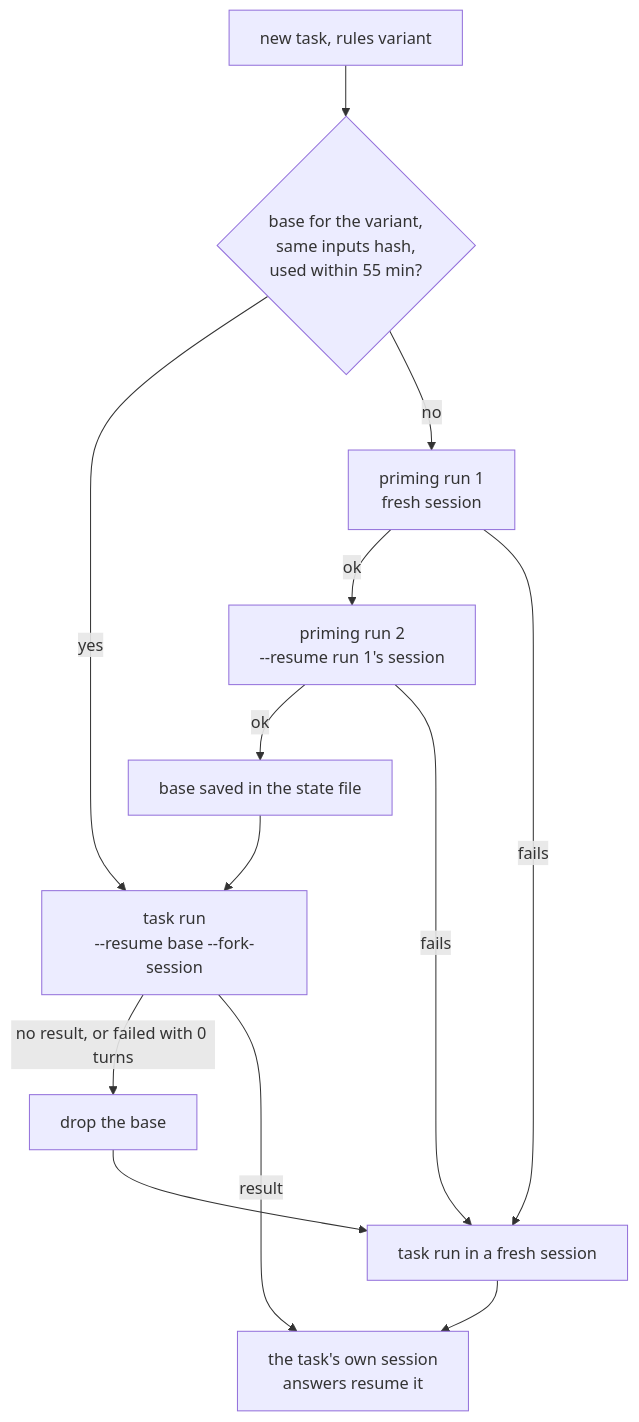
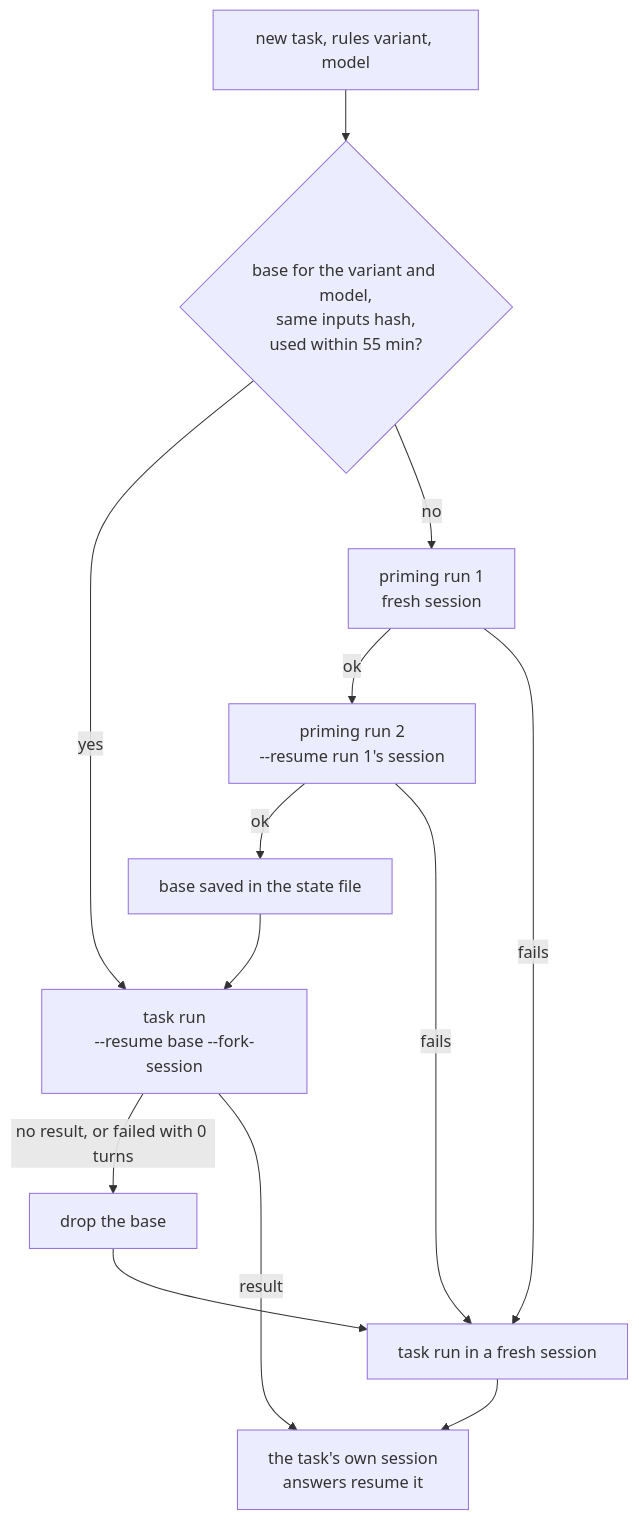
The eighth of 8 diagrams in docs/architecture/AGENT_BUS.md (bwks/sherpa), drawn with Mermaid before and after one commit. The commit also changed other lines of this file and 23 other files, not shown here.

First line of the commit message:
feat(agent-bus): worker lab, model per task, shared test key

````diff
--- a/docs/architecture/AGENT_BUS.md
+++ b/docs/architecture/AGENT_BUS.md
@@ -522,15 +549,15 @@
 ```mermaid
 flowchart TD
-    task["new task, rules variant"] --> check{"base for the variant,<br/>same inputs hash,<br/>used within 55 min?"}
+    task["new task, rules variant, model"] --> check{"base for the variant and model,<br/>same inputs hash,<br/>used within 55 min?"}
     check -->|yes| fork
     check -->|no| p1["priming run 1<br/>fresh session"]
     p1 -->|ok| p2["priming run 2<br/>--resume run 1's session"]
     p2 -->|ok| save["base saved in the state file"]
     save --> fork["task run<br/>--resume base --fork-session"]
     p1 -->|fails| fresh["task run in a fresh session"]
     p2 -->|fails| fresh
     fork -->|no result, or failed with 0 turns| drop["drop the base"]
     drop --> fresh
     fork -->|result| own["the task's own session<br/>answers resume it"]
     fresh --> own
 ```
````
